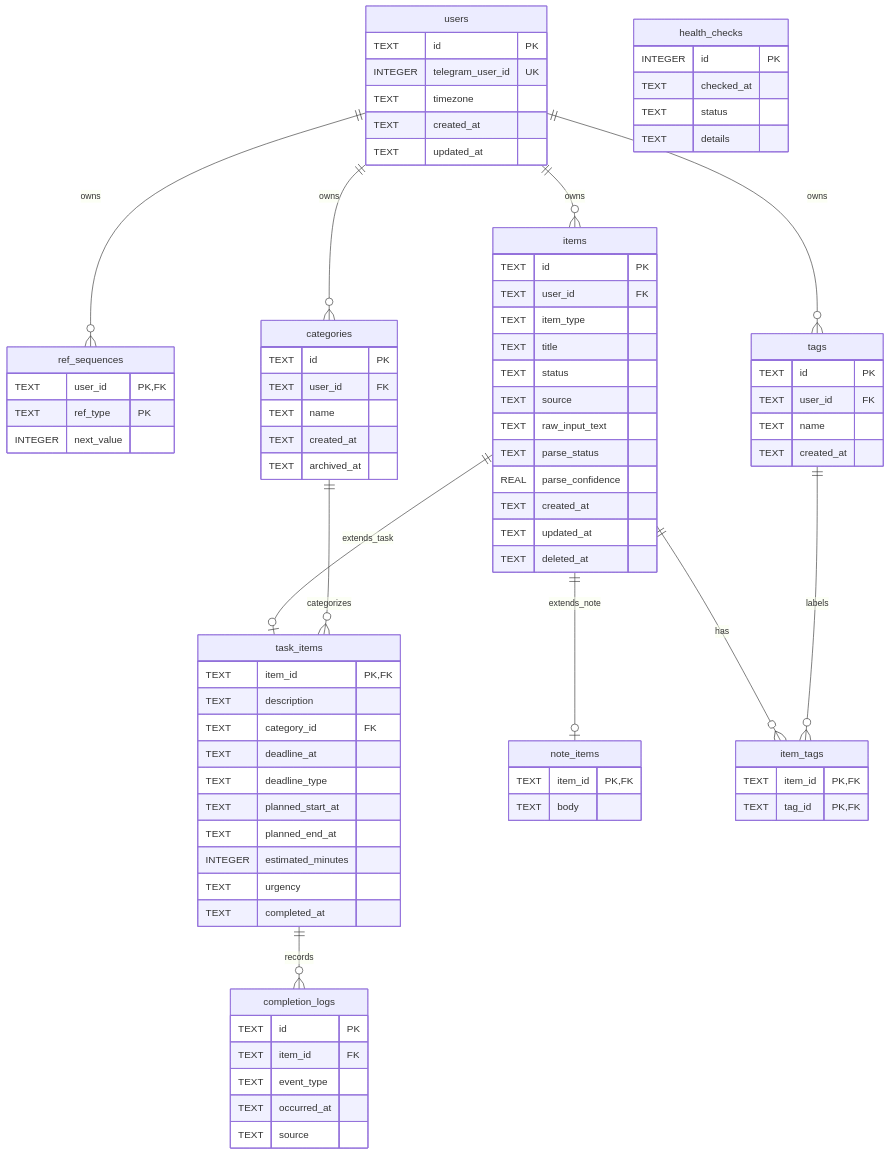
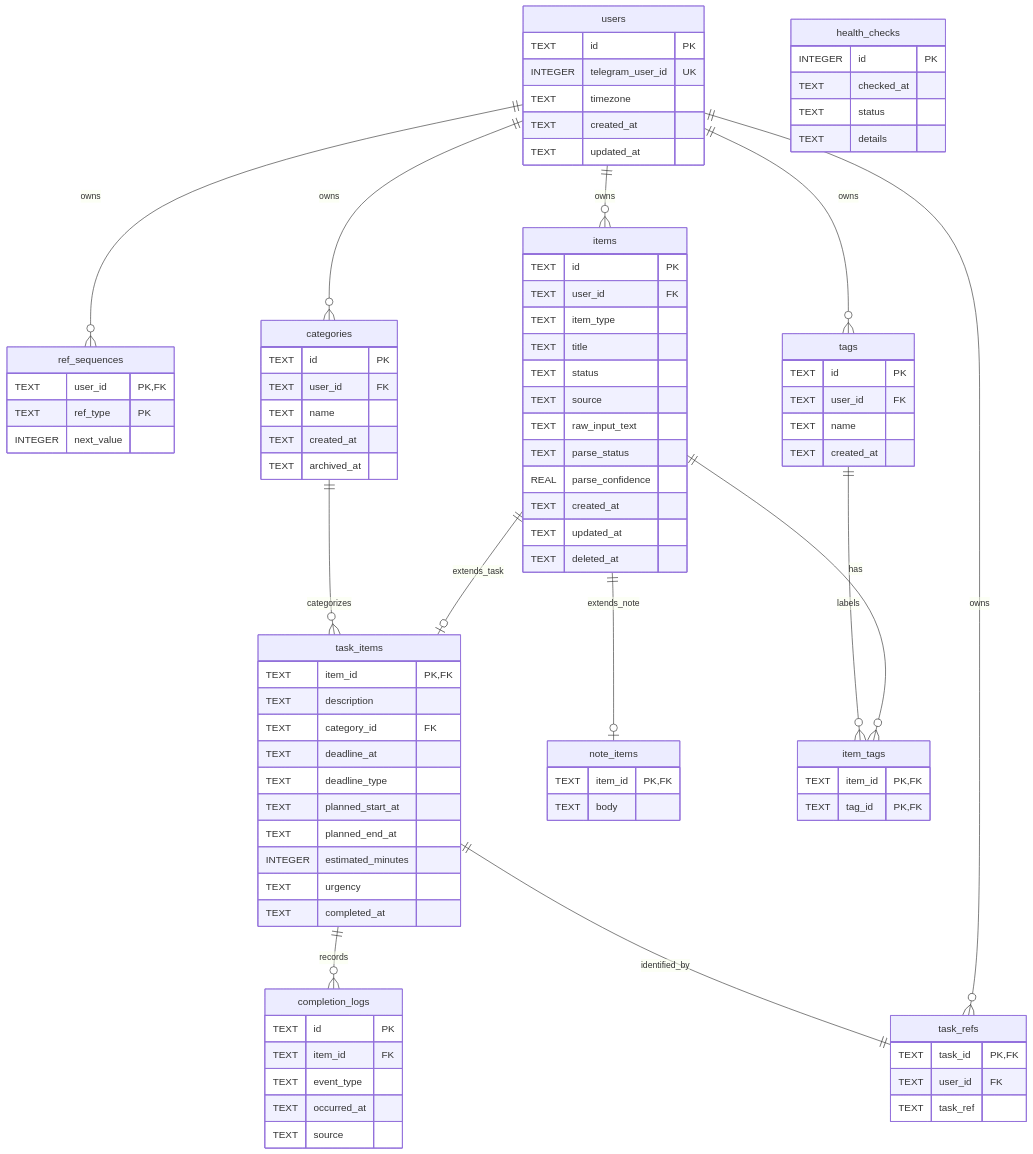
Before and after one commit to FPynk/teleSecretary: the diagram in docs/Database-diagram.md, drawn with Mermaid. The commit also changed other lines of this file and 10 other files, not shown here.

```diff
--- a/docs/Database-diagram.md
+++ b/docs/Database-diagram.md
@@ -66,6 +66,12 @@
         TEXT completed_at
     }
 
+    task_refs {
+        TEXT task_id PK, FK
+        TEXT user_id FK
+        TEXT task_ref
+    }
+
     note_items {
         TEXT item_id PK, FK
         TEXT body
@@ -88,12 +94,14 @@
     users ||--o{ items : owns
     users ||--o{ categories : owns
     users ||--o{ tags : owns
+    users ||--o{ task_refs : owns
 
     items ||--o| task_items : extends_task
     items ||--o| note_items : extends_note
 
     categories ||--o{ task_items : categorizes
     task_items ||--o{ completion_logs : records
+    task_items ||--|| task_refs : identified_by
 
     items ||--o{ item_tags : has
     tags ||--o{ item_tags : labels
```
